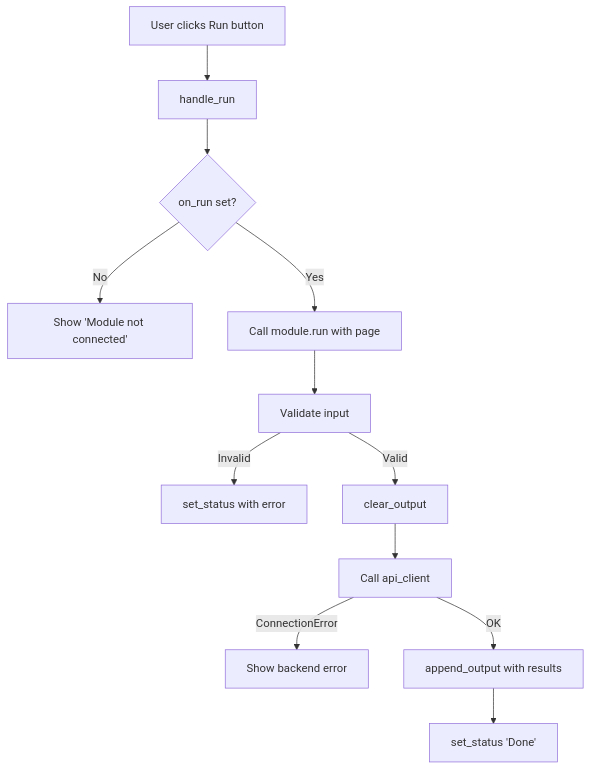
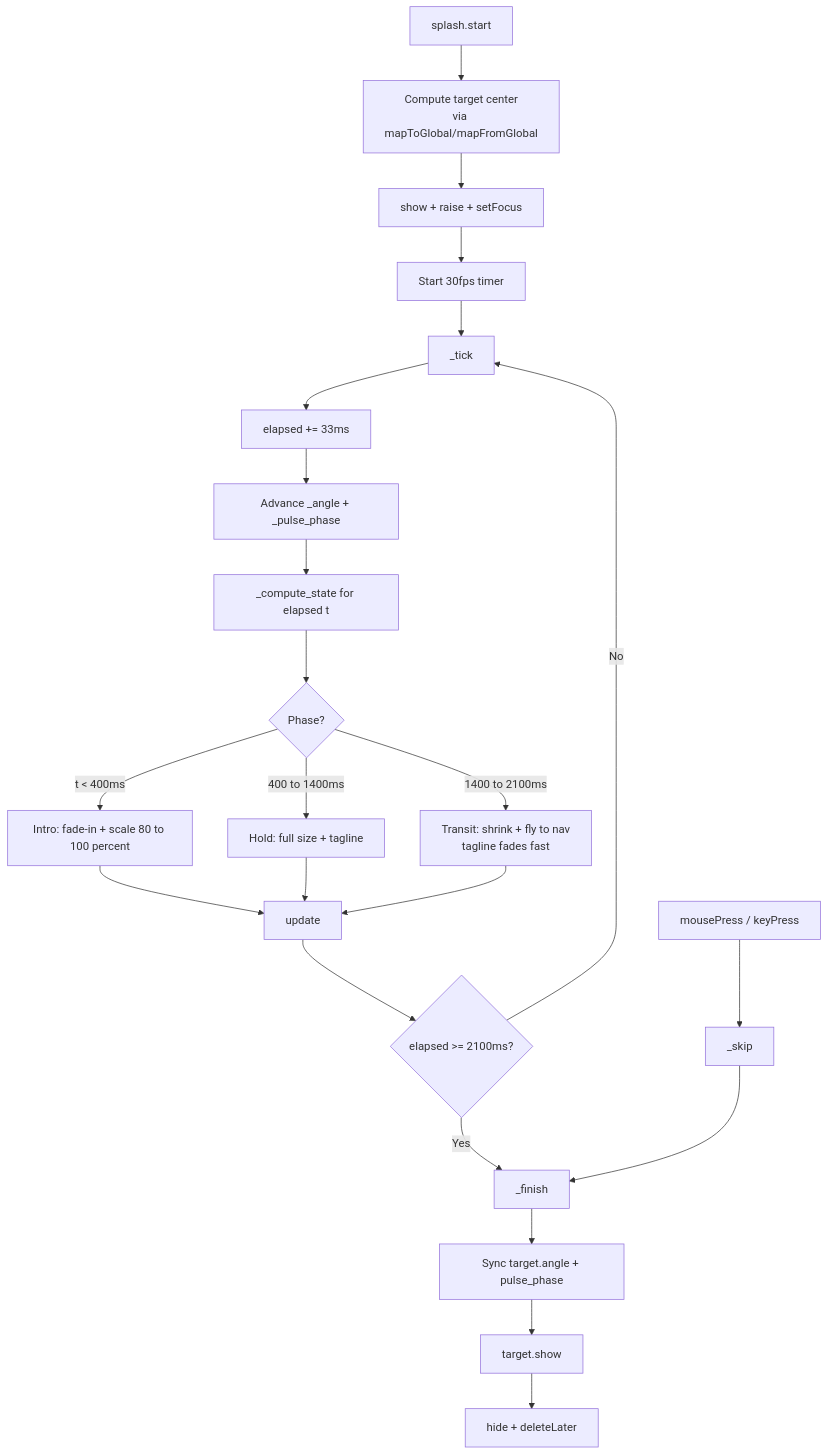
Before and after one commit to Mr-Robotiko/Gilfi: the third of 4 diagrams in src/frontend/README.md, drawn with Mermaid. The commit also changed other lines of this file, not shown here.

````diff
--- a/src/frontend/README.md
+++ b/src/frontend/README.md
@@ -290,14 +358,25 @@
 ```mermaid
 flowchart TD
-    A[User clicks Run button] --> B[handle_run]
-    B --> C{on_run set?}
-    C -- No --> D[Show 'Module not connected']
-    C -- Yes --> E[Call module.run with page]
-    E --> F[Validate input]
-    F -- Invalid --> G[set_status with error]
-    F -- Valid --> H[clear_output]
-    H --> I[Call api_client]
-    I -- ConnectionError --> J[Show backend error]
-    I -- OK --> K[append_output with results]
-    K --> L[set_status 'Done']
+    A[splash.start] --> B[Compute target center<br/>via mapToGlobal/mapFromGlobal]
+    B --> C[show + raise + setFocus]
+    C --> D[Start 30fps timer]
+    D --> E[_tick]
+    E --> F[elapsed += 33ms]
+    F --> G[Advance _angle + _pulse_phase]
+    G --> H[_compute_state for elapsed t]
+    H --> I{Phase?}
+    I -- "t < 400ms" --> J[Intro: fade-in + scale 80 to 100 percent]
+    I -- "400 to 1400ms" --> K[Hold: full size + tagline]
+    I -- "1400 to 2100ms" --> L[Transit: shrink + fly to nav<br/>tagline fades fast]
+    J & K & L --> M[update]
+    M --> N{elapsed >= 2100ms?}
+    N -- No --> E
+    N -- Yes --> O[_finish]
+    O --> P[Sync target.angle + pulse_phase]
+    P --> Q[target.show]
+    Q --> R[hide + deleteLater]
+
+    %% Skip path
+    S[mousePress / keyPress] --> T[_skip]
+    T --> O
 ```
````
